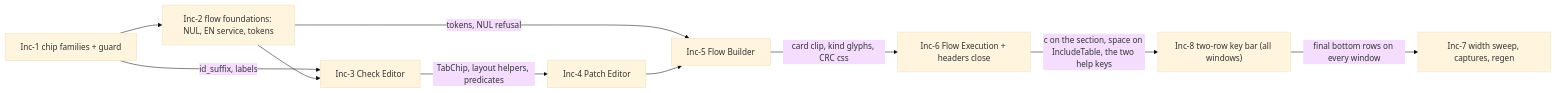
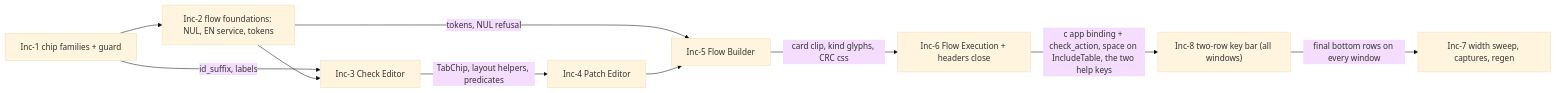
Before and after one commit to jav201/s19_app: the fifth of 6 diagrams in .dev-flow/2026-10-19-batch-97/design/design-proposal.md, drawn with Mermaid (base theme). The commit also changed other lines of this file and 96 other files, not shown here.

First line of the commit message:
batch-97 Inc-6: Flow Execution — one pipeline per lane, attention and Confirm

````diff
--- a/.dev-flow/2026-10-19-batch-97/design/design-proposal.md
+++ b/.dev-flow/2026-10-19-batch-97/design/design-proposal.md
@@ -252,12 +274,12 @@
 ```mermaid
 graph LR
   I1["Inc-1 chip families + guard"] --> I2["Inc-2 flow foundations: NUL, EN service, tokens"]
   I1 -->|"id_suffix, labels"| I3["Inc-3 Check Editor"]
   I2 --> I3
   I3 -->|"TabChip, layout helpers, predicates"| I4["Inc-4 Patch Editor"]
   I2 -->|"tokens, NUL refusal"| I5["Inc-5 Flow Builder"]
   I4 --> I5
   I5 -->|"card clip, kind glyphs, CRC css"| I6["Inc-6 Flow Execution + headers close"]
-  I6 -->|"c on the section, space on IncludeTable, the two help keys"| I8["Inc-8 two-row key bar (all windows)"]
+  I6 -->|"c app binding + check_action, space on IncludeTable, the two help keys"| I8["Inc-8 two-row key bar (all windows)"]
   I8 -->|"final bottom rows on every window"| I7["Inc-7 width sweep, captures, regen"]
 ```
````
